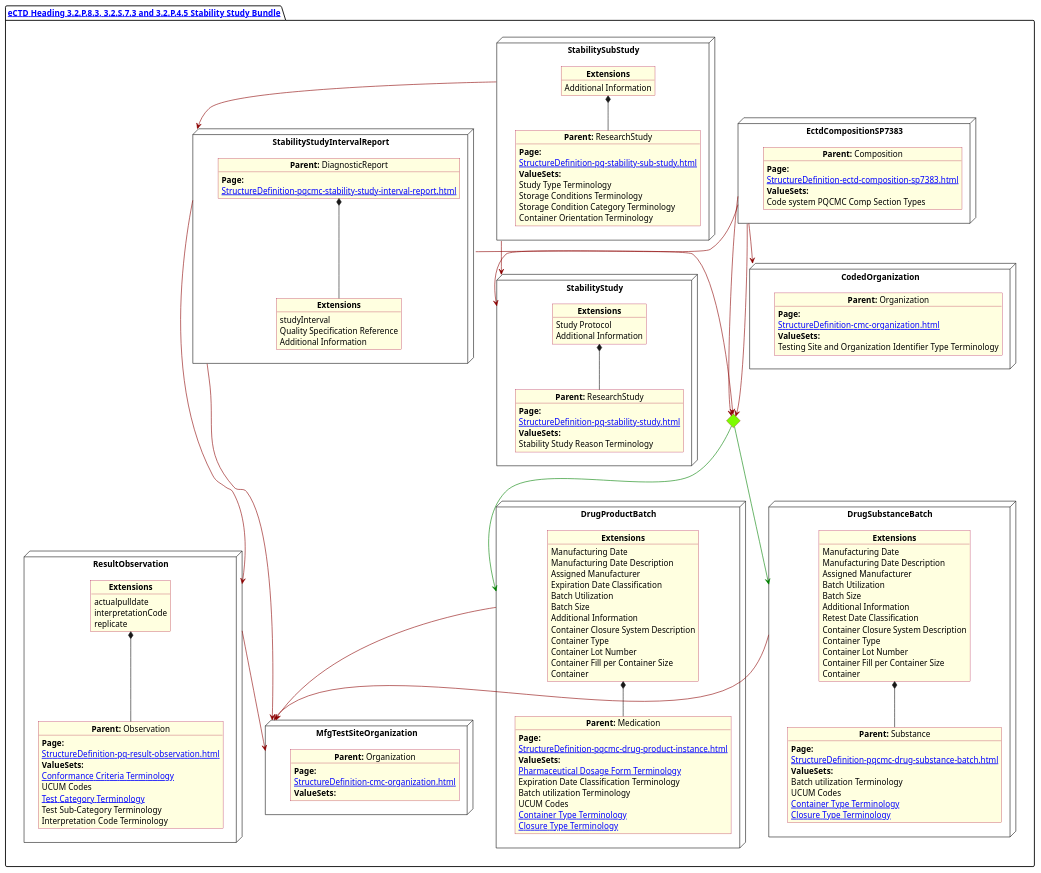
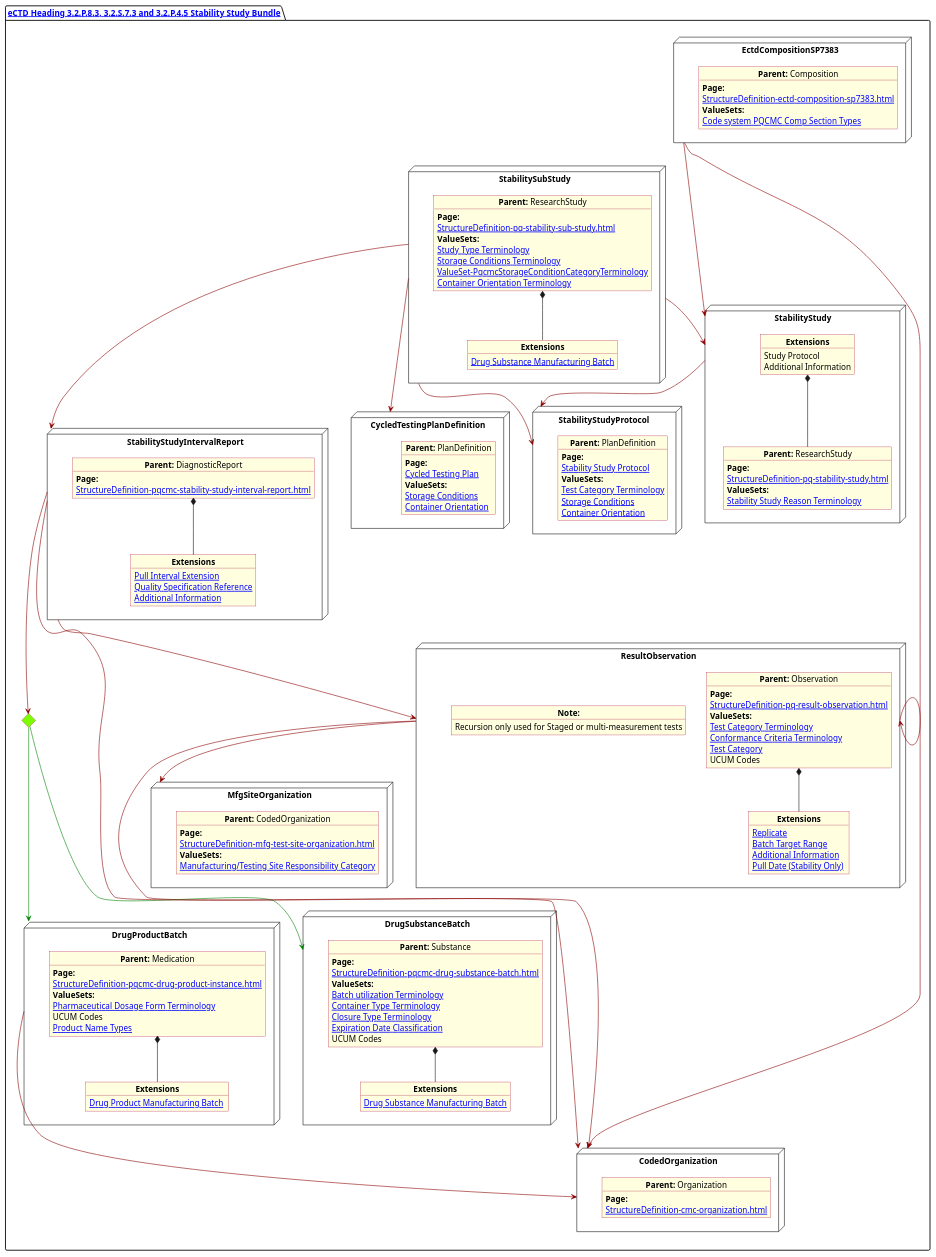
Before and after one commit to HL7/FHIR-us-pq-cmc-fda: the diagram in input/images-source/Stability.plantuml, drawn with PlantUML. The commit also changed 4 other files, not shown here.

Commit message:
corrected Stability Diagram;  removed experimental diagrams

```diff
--- a/input/images-source/Stability.plantuml
+++ b/input/images-source/Stability.plantuml
@@ -10,182 +10,193 @@
 
 package "[[StructureDefinition-cmc-ectd-document-sp7383.html eCTD Heading 3.2.P.8.3, 3.2.S.7.3 and 3.2.P.4.5 Stability Study Bundle]]" as NODES {
 
-       node "EctdCompositionSP7383" as N1 {
+    node "EctdCompositionSP7383" as ectdComposition {
 
-              object "**Parent:** Composition" as obj1 {
-                     **Page:**
-                     [[StructureDefinition-ectd-composition-sp7383.html]]
-                     **ValueSets:**
-                     Code system PQCMC Comp Section Types
-              }
-       }
-       node "CodedOrganization" as NSO {
+        object "**Parent:** Composition" as obj1 {
+            **Page:**
+            [[StructureDefinition-ectd-composition-sp7383.html]]
 
-              object "**Parent:** Organization" as objAu {
-                     **Page:**
-                     [[StructureDefinition-cmc-organization.html]]
-                     **ValueSets:**
-                     Testing Site and Organization Identifier Type Terminology
-              }
-       }
+            **ValueSets:**
+            [[ValueSet-cmc-comp-section-types-vs.html Code system PQCMC Comp Section Types]]
+        }
+    }
+
+    node "StabilityStudy" as stabilityStudy {
+
+        object "**Parent:** ResearchStudy" as objMain {
+            **Page:**
+            [[StructureDefinition-pq-stability-study.html]]
+            **ValueSets:**
+            [[ValueSet-PqcmcStabilityStudyReasonTerminology Stability Study Reason Terminology]]
+        }
+
+        object "**Extensions**" as objExsMain  {
+            Study Protocol
+            Additional Information
+        }
+        objExsMain *-- objMain
+    }
+
+    node StabilitySubStudy as stabilitySubStudy {
+        object "**Parent:** ResearchStudy" as obj2 {
+            **Page:**
+            [[StructureDefinition-pq-stability-sub-study.html]]
+            **ValueSets:**
+            [[ValueSet-PqcmcStudyTypeTerminology Study Type Terminology]]
+            [[ValueSet-PqcmcStorageConditionsTerminology Storage Conditions Terminology]]
+            [[ValueSet-PqcmcStorageConditionCategoryTerminology]]
+            [[ValueSet-PqcmcContainerOrientationTerminology Container Orientation Terminology]]
+        }
+        object "**Extensions**" as ext11 {
+            [[StructureDefinition-pqcmc-stability-sub-study-focus-and-objective.html Drug Substance Manufacturing Batch]]
+        }
+        obj2 *-- ext11
+
+    }
+
+    node "StabilityStudyIntervalReport" as stabilityStudyIntervalReport {
+        object "**Parent:** DiagnosticReport" as objinterval {
+            **Page:**
+            [[StructureDefinition-pqcmc-stability-study-interval-report.html]]
+        }
+        object "**Extensions**" as objIntEx {
+            [[StructureDefinition-pq-timePoint-extension.html Pull Interval Extension]]
+            [[StructureDefinition-pq-quality-specification-extension.html Quality Specification Reference]]
+            [[StructureDefinition-pq-additional-info-extension.html Additional Information]]
+        }
+        objinterval *-- objIntEx
+    }
+
+    diamond CH
+
+    node "StabilityStudyProtocol "as stabilityStudyProtocol {
+        object "**Parent:** PlanDefinition" as obj5 {
+            **Page:**
+            [[StructureDefinition-pq-stability-study-protocol.html Stability Study Protocol]]
+            **ValueSets:**
+
+            [[ValueSet-pqcmc-test-category-terminology.html Test Category Terminology]]
+            [[ValueSet-pqcmc-storage-conditions-terminology.html Storage Conditions]]
+            [[ValueSet-pqcmc-container-orientation-terminology.html Container Orientation]]
+        }
+    }
+
+    node "CycledTestingPlanDefinition" as cycledTestingPlan {
+        object "**Parent:** PlanDefinition" as obj4 {
+            **Page:**
+            [[StructureDefinition-pq-cycled-testing-plan.html Cycled Testing Plan]]
+
+            **ValueSets:**
+            [[ValueSet-pqcmc-storage-conditions-terminology.html Storage Conditions]]
+            [[ValueSet-pqcmc-container-orientation-terminology.html Container Orientation]]
+        }
+    }
+
+    node "CodedOrganization" as codedOrganization {
+
+        object "**Parent:** Organization" as objAu {
+            **Page:**
+            [[StructureDefinition-cmc-organization.html]]
+        }
+    }
+
+    node "DrugProductBatch" as drugProductBatch {
+        object "**Parent:** Medication" as obj3 {
+            **Page:**
+            [[StructureDefinition-pqcmc-drug-product-instance.html]]
+
+            **ValueSets:**
+            [[ValueSet-spl-pharmaceutical-dosage-form-terminology.html Pharmaceutical Dosage Form Terminology]]
+            UCUM Codes
+            [[ValueSet-cmc-product-name-types-vs.html Product Name Types]]
+        }
+
+        object "**Extensions**" as  objExsBatch {
+
+            [[StructureDefinition-drug-product-manufacturing-batch.html Drug Product Manufacturing Batch ]]
+        }
+        obj3 *-- objExsBatch
+    }
 
 
-       node "StabilitySubStudy" as NSub {
+    node "DrugSubstanceBatch" as drugSubstanceBatch {
 
-              object "**Parent:** ResearchStudy" as objSub {
-                     **Page:**
-                     [[StructureDefinition-pq-stability-sub-study.html]]
-                     **ValueSets:**
-                     Study Type Terminology
-                     Storage Conditions Terminology
-                     Storage Condition Category Terminology
-                     Container Orientation Terminology
-              }
+        object "**Parent:** Substance" as obj7 {
+            **Page:**
+            [[StructureDefinition-pqcmc-drug-substance-batch.html]]
 
-              object "**Extensions**" as objExsSub  {
-                     Additional Information
-              }
-              objExsSub *-- objSub
-       }
+            **ValueSets:**
+            [[ValueSet-pqcmc-batch-utilization-terminology.html Batch utilization Terminology]]
+            [[ValueSet-pqcmc-container-type-terminology.html Container Type Terminology]]
+            [[ValueSet-pqcmc-closure-type-terminology.html Closure Type Terminology]]
+            [[ValueSet-pqcmc-expiration-date-classification-terminology.html Expiration Date Classification]]
+            UCUM Codes
+        }
+        object "**Extensions**" as objXDs {
+
+            [[StructureDefinition-drug-substance-manufacturing-batch.html Drug Substance Manufacturing Batch]]
+        }
+        obj7 *-- objXDs
+    }
+
+    node "MfgSiteOrganization" as  MfgSiteOrganization {
+        object "**Parent:** CodedOrganization" as obj8 {
+            **Page:**
+            [[StructureDefinition-mfg-test-site-organization.html]]
+
+            **ValueSets:**
+            [[ValueSet-pqcmc-mfg-testing-site-terminology.html Manufacturing/Testing Site Responsibility Category]]
+        }
+    }
+
+    node "ResultObservation" as resultObservation  {
+
+        object "**Parent:** Observation" as obj6 {
+            **Page:**
+            [[StructureDefinition-pq-result-observation.html]]
+
+            **ValueSets:**
+            [[ValueSet-pqcmc-test-category-terminology.html Test Category Terminology]]
+            [[ValueSet-pqcmc-conformance-to-criteria-terminology.html Conformance Criteria Terminology]]
+            [[ValueSet-pqcmc-test-category-terminology.html Test Category]]
+            UCUM Codes
+
+        }
+
+        object "**Extensions**" as objXObs {
+            [[StructureDefinition-pq-replicate-extension.html Replicate]]
+            [[StructureDefinition-pq-batch-range.html Batch Target Range]]
+            [[StructureDefinition-pq-additional-info-extension.html Additional Information]]
+            [[StructureDefinition-pq-pullDate-extension.html Pull Date (Stability Only) ]]
+        }
+        obj6 *-- objXObs
+        object "**Note:**" as referenceNote {
+            Recursion only used for Staged or multi-measurement tests
+        }
+
+    }
 
 
-       node "StabilityStudy" as NMain {
+    ectdComposition -[#darkred]--> codedOrganization
+    stabilityStudy -[#darkred]-> stabilityStudyProtocol
+    stabilitySubStudy -[#darkred]-> stabilityStudyProtocol
+    drugProductBatch -[#darkred]--> codedOrganization
+    resultObservation -[#darkred]--> codedOrganization
+    ectdComposition -[#darkred]--> stabilityStudy
+    stabilitySubStudy -[#darkred]-> stabilityStudy
+    stabilitySubStudy -[#darkred]--> cycledTestingPlan
+    stabilitySubStudy -[#darkred]--> stabilityStudyIntervalReport
+    stabilityStudyIntervalReport -[#darkred]--> CH
+    CH -[#green]--> drugProductBatch
+    CH -[#green]--> drugSubstanceBatch
+    resultObservation -[#darkred]-> resultObservation
 
-              object "**Parent:** ResearchStudy" as objMain {
-                     **Page:**
-                     [[StructureDefinition-pq-stability-study.html]]
-                     **ValueSets:**
-                     Stability Study Reason Terminology
-              }
+    stabilityStudyIntervalReport -[#darkred]--> codedOrganization
+    stabilityStudyIntervalReport -[#darkred]--> resultObservation
 
-              object "**Extensions**" as objExsMain  {
-                     Study Protocol
-                     Additional Information
-              }
-              objExsMain *-- objMain
-       }
-
-       diamond CH
-
-       node "DrugProductBatch" as NN {
-
-              object "**Parent:** Medication" as obj3 {
-                     **Page:**
-                     [[StructureDefinition-pqcmc-drug-product-instance.html]]
-                     **ValueSets:**
-                     [[ValueSet-spl-pharmaceutical-dosage-form-terminology.html Pharmaceutical Dosage Form Terminology]]
-                     Expiration Date Classification Terminology
-                     Batch utilization Terminology
-                    UCUM Codes
-                     [[ValueSet-pqcmc-container-type-terminology.html Container Type Terminology]]
-                     [[ValueSet-pqcmc-closure-type-terminology.html Closure Type Terminology]]
-              }
-
-              object "**Extensions**" as objExsBatch  {
-                     Manufacturing Date
-                     Manufacturing Date Description
-                     Assigned Manufacturer
-                     Expiration Date Classification
-                     Batch Utilization
-                     Batch Size
-                     Additional Information
-                     Container Closure System Description
-                     Container Type
-                     Container Lot Number
-                     Container Fill per Container Size
-                     Container
-              }
-              objExsBatch *-- obj3
-       }
-       node "DrugSubstanceBatch" as NNS {
-
-              object "**Parent:** Substance" as obj4 {
-                     **Page:**
-                     [[StructureDefinition-pqcmc-drug-substance-batch.html]]
-                     **ValueSets:**
-                     Batch utilization Terminology
-                    UCUM Codes
-                     [[ValueSet-pqcmc-container-type-terminology.html Container Type Terminology]]
-                     [[ValueSet-pqcmc-closure-type-terminology.html Closure Type Terminology]]
-              }
-              object "**Extensions**" as objExs2 {
-                     Manufacturing Date
-                     Manufacturing Date Description
-                     Assigned Manufacturer
-                     Batch Utilization
-                     Batch Size
-                     Additional Information
-                     Retest Date Classification
-                     Container Closure System Description
-                     Container Type
-                     Container Lot Number
-                     Container Fill per Container Size
-                     Container
-              }
-
-              objExs2 *-- obj4
-       }
-       node "StabilityStudyIntervalReport" as Ninterval {
-
-              object "**Parent:** DiagnosticReport" as objinterval {
-                     **Page:**
-                     [[StructureDefinition-pqcmc-stability-study-interval-report.html]]
-              }
-              object "**Extensions**" as objIntEx {
-                     studyInterval
-                     Quality Specification Reference
-                     Additional Information
-              }
-              objinterval *-- objIntEx
-       }
+    resultObservation -[#darkred]-> MfgSiteOrganization
 
 
+}
 
-       node "MfgTestSiteOrganization" as NMFG {
-
-              object "**Parent:** Organization" as objDP {
-                     **Page:**
-                     [[StructureDefinition-cmc-organization.html]]
-                     **ValueSets:**
-                     
-              }
-       }
-
-
-       node "ResultObservation" as NNOBS {
-
-              object "**Parent:** Observation" as observ3 {
-                     **Page:**
-                     [[StructureDefinition-pq-result-observation.html]]
-                     **ValueSets:**
-                     [[ValueSet-pqcmc-conformance-to-criteria-terminology.html Conformance Criteria Terminology]]
-                    UCUM Codes
-                     [[ValueSet-pqcmc-test-category-terminology.html Test Category Terminology]]
-                     Test Sub-Category Terminology
-                     Interpretation Code Terminology
-              }
-              object "**Extensions**" as objExsObserv  {
-                     actualpulldate
-                     interpretationCode
-                     replicate
-              }
-              objExsObserv *-- observ3
-       }
-
-
-       CH -[#green]--> NN
-       CH -[#green]--> NNS
-       N1 -[#darkred]--> CH
-       N1 -[#darkred]--> CH
-       N1 -[#darkred]-> NSO
-       NN -[#darkred]-> NMFG
-       NNOBS -[#darkred]-> NMFG
-       NNS -[#darkred]-> NMFG
-       NSub -[#darkred]-> Ninterval
-       N1 -[#darkred]-> NMain
-       NSub -[#darkred]--> NMain
-       Ninterval -[#darkred]--> CH
-       Ninterval -[#darkred]--> NMFG
-       Ninterval -[#darkred]--> NNOBS
-}
 @enduml
```
